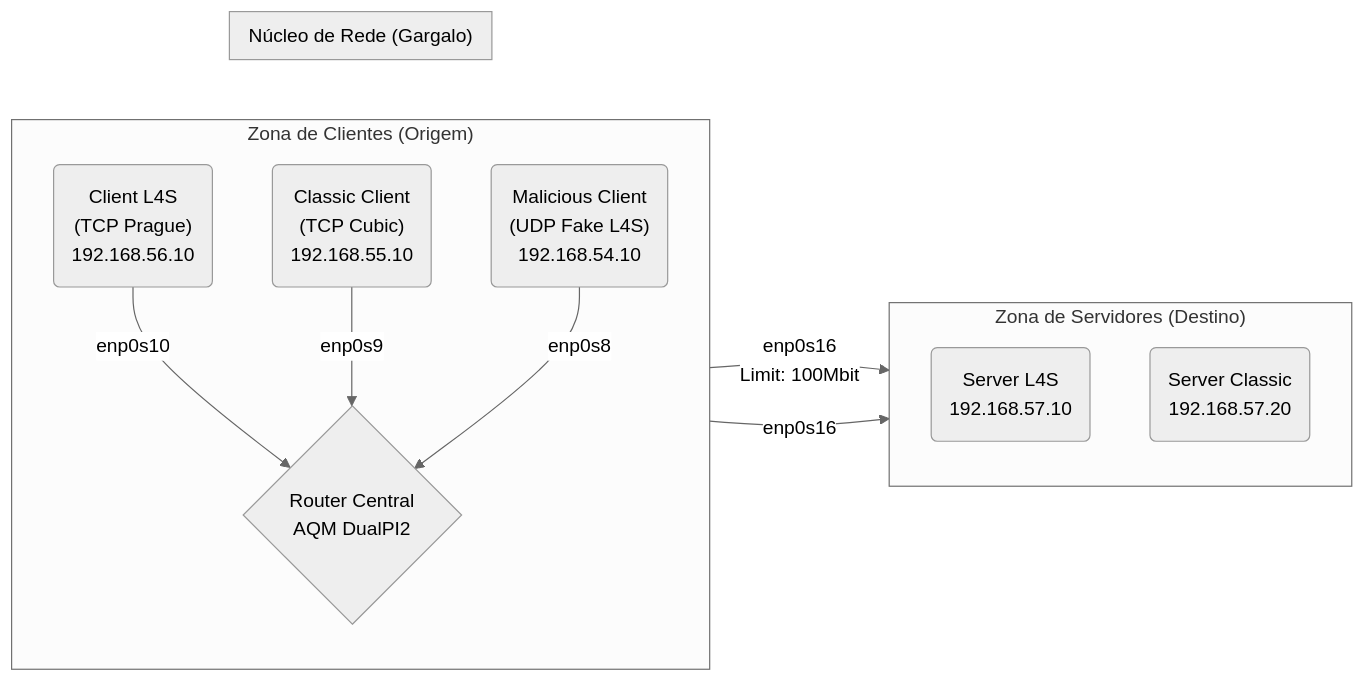
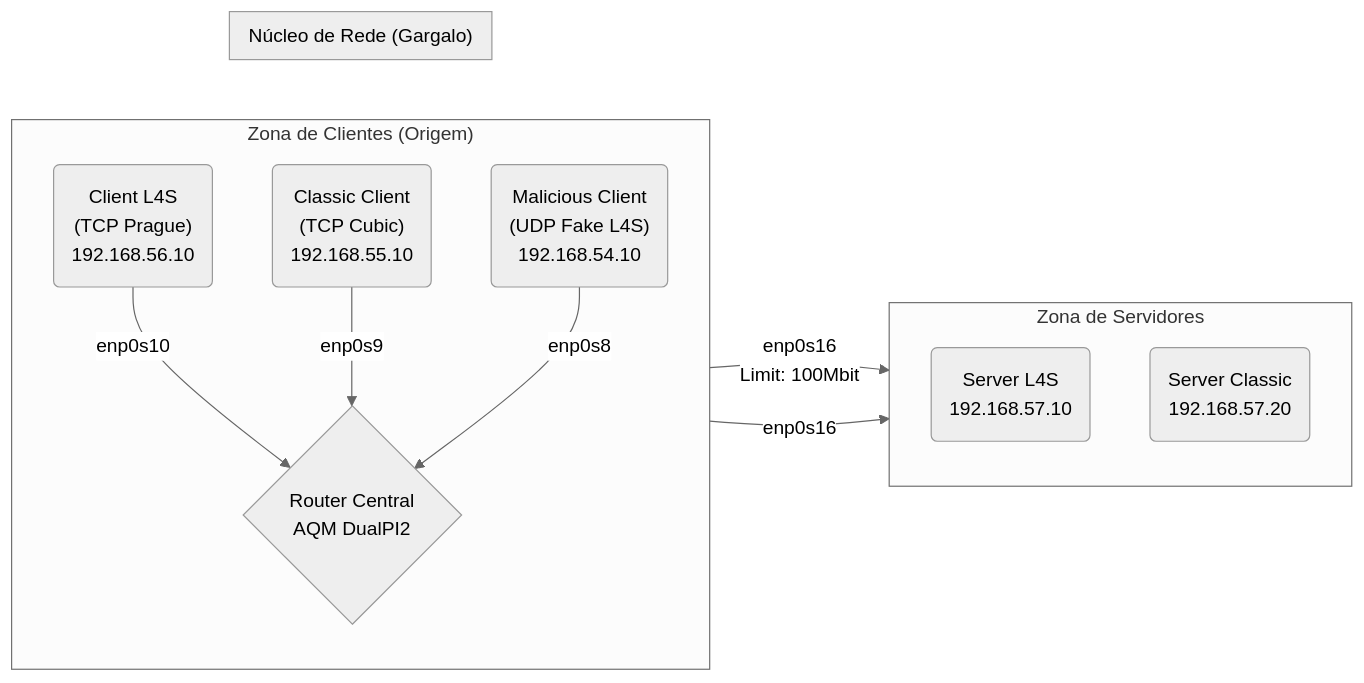
The diagram in README.md (JaazielSlv/Projeto-ADR-L4S-CSTRC-IFPB), drawn with Mermaid (neutral theme) before and after one commit.

````diff
--- a/README.md
+++ b/README.md
@@ -19,19 +19,22 @@
 ```mermaid
 graph LR
     subgraph "Zona de Clientes (Origem)"
         direction TB
         C_L4S("Client L4S<br/>(TCP Prague)<br/>192.168.56.10") -- "enp0s10" --> R
         C_Leg("Classic Client<br/>(TCP Cubic)<br/>192.168.55.10") -- "enp0s9" --> R
         C_Mal("Malicious Client<br/>(UDP Fake L4S)<br/>192.168.54.10") -- "enp0s8" --> R
     end
 
     subgraph "Núcleo de Rede (Gargalo)"
         R{"Router Central<br/>AQM DualPI2"} 
     end
 
-    subgraph "Zona de Servidores (Destino)"
+    subgraph "Zona de Servidores"
+    
         direction TB
+        
         R -- "enp0s16<br/>Limit: 100Mbit" --> S_L4S("Server L4S<br/>192.168.57.10")
+        
         R -- "enp0s16" --> S_Leg("Server Classic<br/>192.168.57.20")
     end
 ```
````
